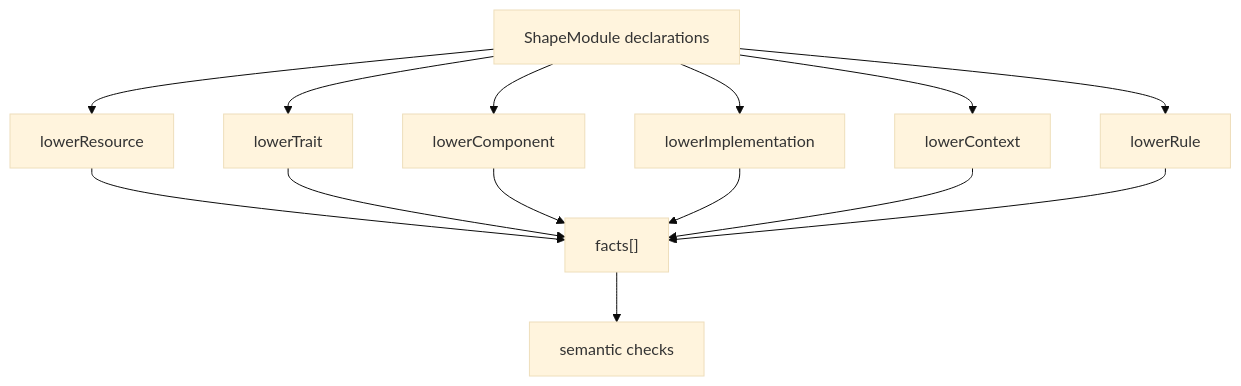
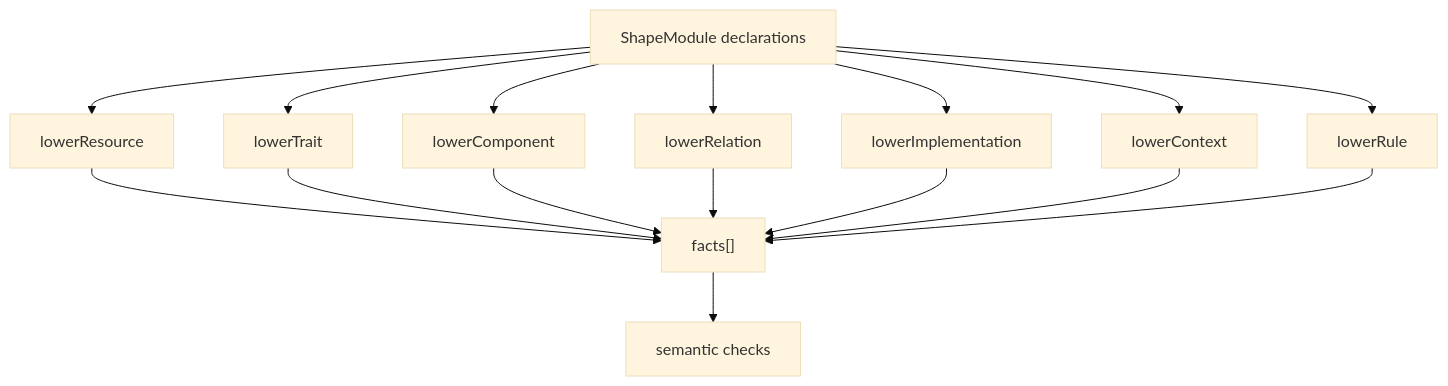
Before and after one commit to timbrinded/shapelang: the first of 3 diagrams in docs-site/src/content/docs/inside-shape/fact-lowering.md, drawn with Mermaid (base theme). The commit also changed other lines of this file and 22 other files, not shown here.

````diff
--- a/docs-site/src/content/docs/inside-shape/fact-lowering.md
+++ b/docs-site/src/content/docs/inside-shape/fact-lowering.md
@@ -14,16 +14,18 @@
 ```mermaid
 flowchart TD
   A["ShapeModule declarations"] --> B["lowerResource"]
   A --> C["lowerTrait"]
   A --> D["lowerComponent"]
+  A --> R["lowerRelation"]
   A --> E["lowerImplementation"]
   A --> F["lowerContext"]
   A --> G["lowerRule"]
   B --> H["facts[]"]
   C --> H
   D --> H
+  R --> H
   E --> H
   F --> H
   G --> H
   H --> I["semantic checks"]
 ```
````
